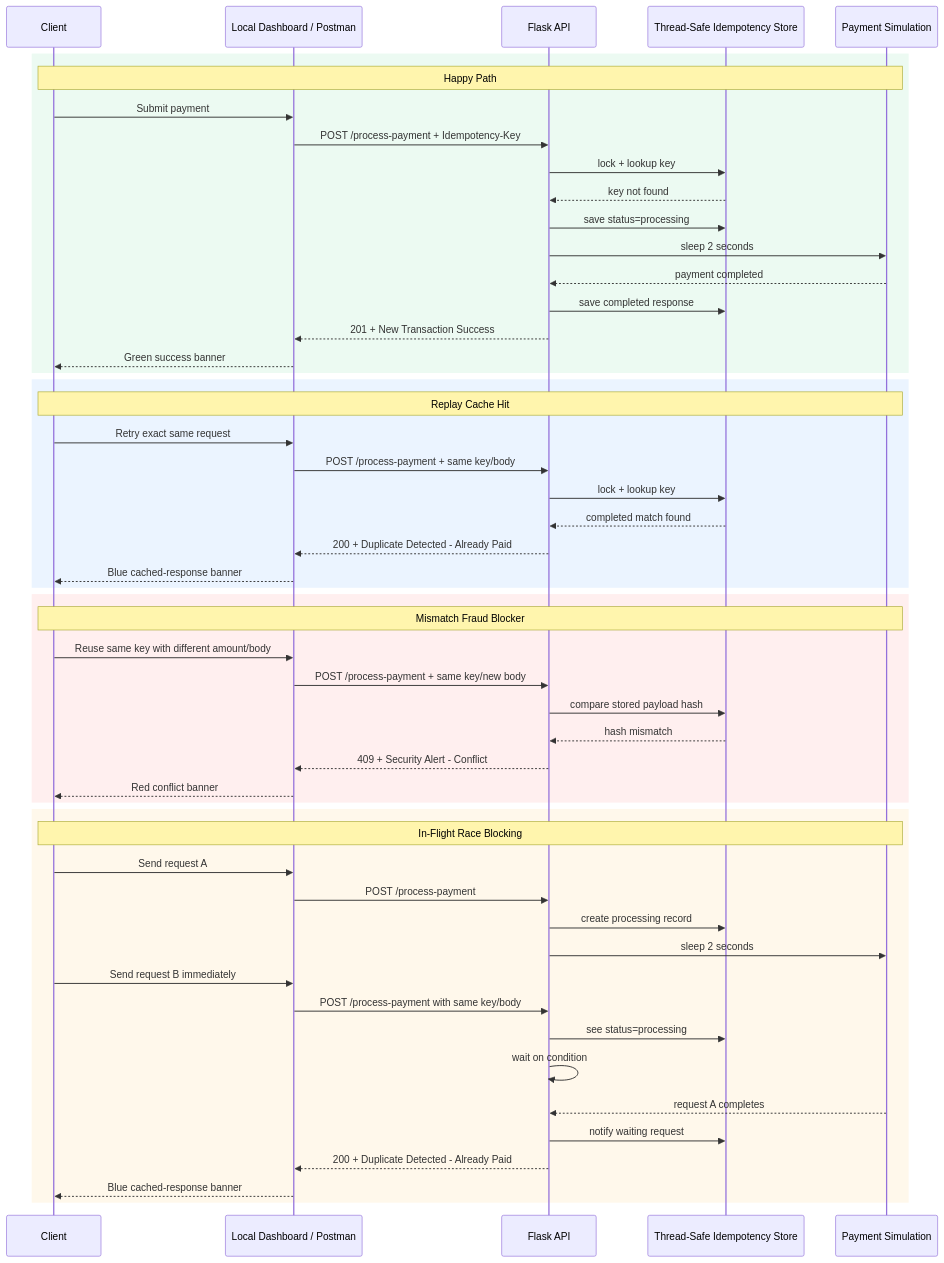
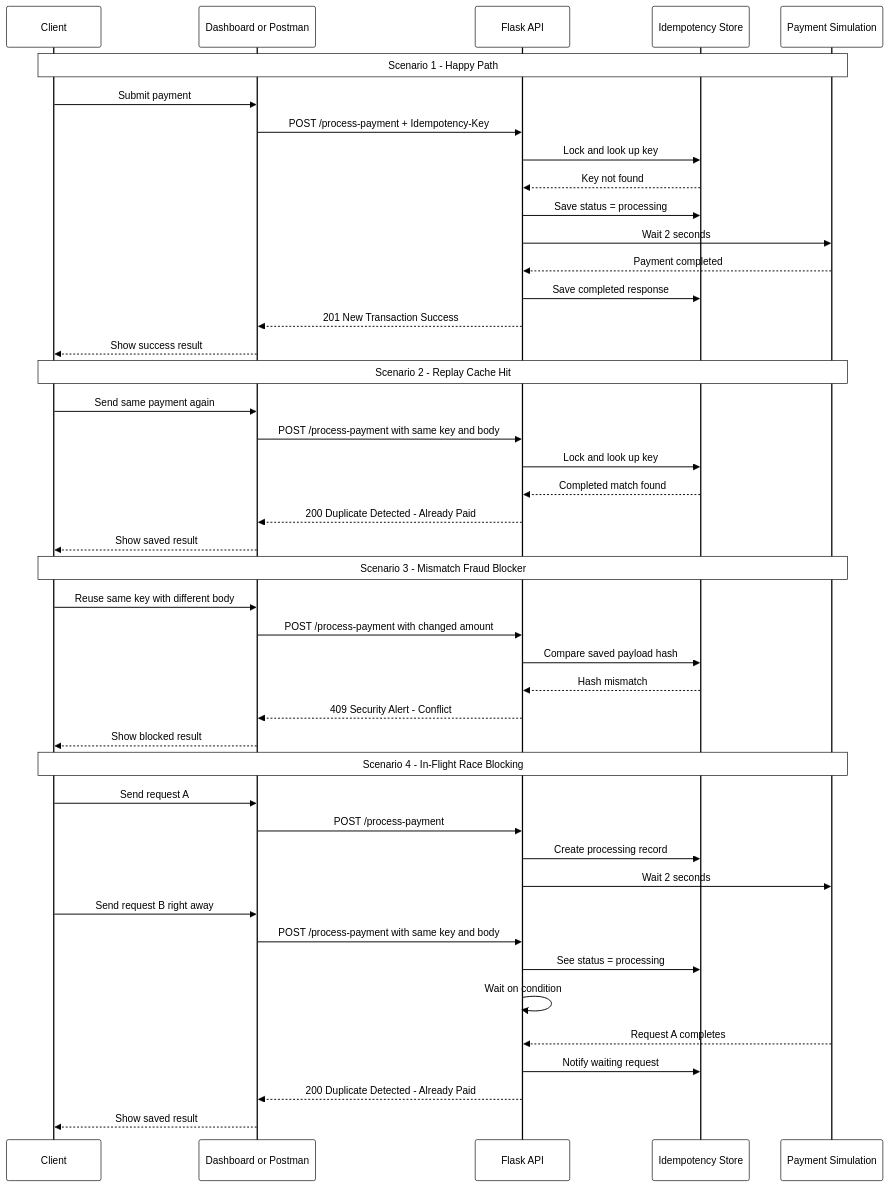
Before and after one commit to am2aidi/amalitech-idempotency-gateway: the diagram in README.md, drawn with Mermaid.

Commit message:
docs: improve mermaid diagram contrast

````diff
--- a/README.md
+++ b/README.md
@@ -19,58 +19,77 @@
 ```mermaid
+%%{init: {'theme': 'base', 'themeVariables': {
+  'background': '#ffffff',
+  'primaryColor': '#ffffff',
+  'primaryBorderColor': '#000000',
+  'primaryTextColor': '#000000',
+  'secondaryColor': '#ffffff',
+  'secondaryBorderColor': '#000000',
+  'secondaryTextColor': '#000000',
+  'tertiaryColor': '#ffffff',
+  'tertiaryBorderColor': '#000000',
+  'tertiaryTextColor': '#000000',
+  'lineColor': '#000000',
+  'textColor': '#000000',
+  'mainBkg': '#ffffff',
+  'actorBkg': '#ffffff',
+  'actorBorder': '#000000',
+  'actorTextColor': '#000000',
+  'signalColor': '#000000',
+  'signalTextColor': '#000000',
+  'labelBoxBkgColor': '#ffffff',
+  'labelBoxBorderColor': '#000000',
+  'labelTextColor': '#000000',
+  'loopTextColor': '#000000',
+  'noteBkgColor': '#ffffff',
+  'noteBorderColor': '#000000',
+  'noteTextColor': '#000000'
+}}}%%
 sequenceDiagram
     participant Client
-    participant UI as Local Dashboard / Postman
+    participant UI as Dashboard or Postman
     participant API as Flask API
-    participant Store as Thread-Safe Idempotency Store
+    participant Store as Idempotency Store
     participant Processor as Payment Simulation
 
-    rect rgb(236, 250, 242)
-        Note over Client,Processor: Happy Path
-        Client->>UI: Submit payment
-        UI->>API: POST /process-payment + Idempotency-Key
-        API->>Store: lock + lookup key
-        Store-->>API: key not found
-        API->>Store: save status=processing
-        API->>Processor: sleep 2 seconds
-        Processor-->>API: payment completed
-        API->>Store: save completed response
-        API-->>UI: 201 + New Transaction Success
-        UI-->>Client: Green success banner
-    end
+    Note over Client,Processor: Scenario 1 - Happy Path
+    Client->>UI: Submit payment
+    UI->>API: POST /process-payment + Idempotency-Key
+    API->>Store: Lock and look up key
+    Store-->>API: Key not found
+    API->>Store: Save status = processing
+    API->>Processor: Wait 2 seconds
+    Processor-->>API: Payment completed
+    API->>Store: Save completed response
+    API-->>UI: 201 New Transaction Success
+    UI-->>Client: Show success result
 
-    rect rgb(235, 244, 255)
-        Note over Client,Processor: Replay Cache Hit
-        Client->>UI: Retry exact same request
-        UI->>API: POST /process-payment + same key/body
-        API->>Store: lock + lookup key
-        Store-->>API: completed match found
-        API-->>UI: 200 + Duplicate Detected - Already Paid
-        UI-->>Client: Blue cached-response banner
-    end
+    Note over Client,Processor: Scenario 2 - Replay Cache Hit
+    Client->>UI: Send same payment again
+    UI->>API: POST /process-payment with same key and body
+    API->>Store: Lock and look up key
+    Store-->>API: Completed match found
+    API-->>UI: 200 Duplicate Detected - Already Paid
+    UI-->>Client: Show saved result
 
-    rect rgb(255, 239, 239)
-        Note over Client,Processor: Mismatch Fraud Blocker
-        Client->>UI: Reuse same key with different amount/body
-        UI->>API: POST /process-payment + same key/new body
-        API->>Store: compare stored payload hash
-        Store-->>API: hash mismatch
-        API-->>UI: 409 + Security Alert - Conflict
-        UI-->>Client: Red conflict banner
-    end
+    Note over Client,Processor: Scenario 3 - Mismatch Fraud Blocker
+    Client->>UI: Reuse same key with different body
+    UI->>API: POST /process-payment with changed amount
+    API->>Store: Compare saved payload hash
+    Store-->>API: Hash mismatch
+    API-->>UI: 409 Security Alert - Conflict
+    UI-->>Client: Show blocked result
 
-    rect rgb(255, 248, 235)
-        Note over Client,Processor: In-Flight Race Blocking
-        Client->>UI: Send request A
-        UI->>API: POST /process-payment
-        API->>Store: create processing record
-        API->>Processor: sleep 2 seconds
-        Client->>UI: Send request B immediately
-        UI->>API: POST /process-payment with same key/body
-        API->>Store: see status=processing
-        API->>API: wait on condition
-        Processor-->>API: request A completes
-        API->>Store: notify waiting request
-        API-->>UI: 200 + Duplicate Detected - Already Paid
-        UI-->>Client: Blue cached-response banner
-    end
+    Note over Client,Processor: Scenario 4 - In-Flight Race Blocking
+    Client->>UI: Send request A
+    UI->>API: POST /process-payment
+    API->>Store: Create processing record
+    API->>Processor: Wait 2 seconds
+    Client->>UI: Send request B right away
+    UI->>API: POST /process-payment with same key and body
+    API->>Store: See status = processing
+    API->>API: Wait on condition
+    Processor-->>API: Request A completes
+    API->>Store: Notify waiting request
+    API-->>UI: 200 Duplicate Detected - Already Paid
+    UI-->>Client: Show saved result
 ```
````
